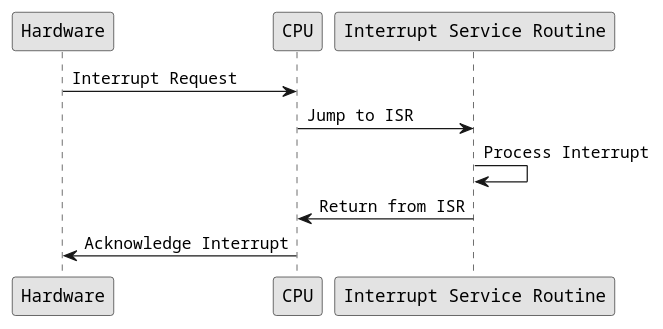
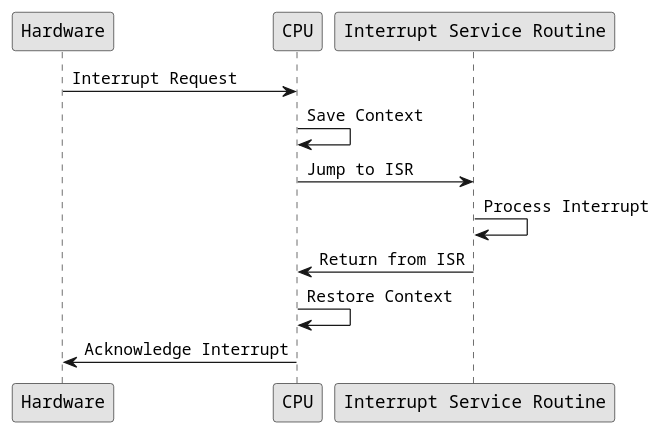
Before and after one commit to Junnyjun/junlog: the diagram in computer-science/books/operating-system/undefined.md, drawn with PlantUML. The commit also changed other lines of this file, not shown here.

````diff
--- a/computer-science/books/operating-system/undefined.md
+++ b/computer-science/books/operating-system/undefined.md
@@ -80,16 +83,18 @@
 ```plantuml
 @startuml
 skinparam monochrome true
 skinparam defaultFontName Courier
 
 participant "Hardware" as H
 participant "CPU" as C
 participant "Interrupt Service Routine" as ISR
 
 H -> C: Interrupt Request
+C -> C: Save Context
 C -> ISR: Jump to ISR
 ISR -> ISR: Process Interrupt
 ISR -> C: Return from ISR
+C -> C: Restore Context
 C -> H: Acknowledge Interrupt
 @enduml
 ```
````
